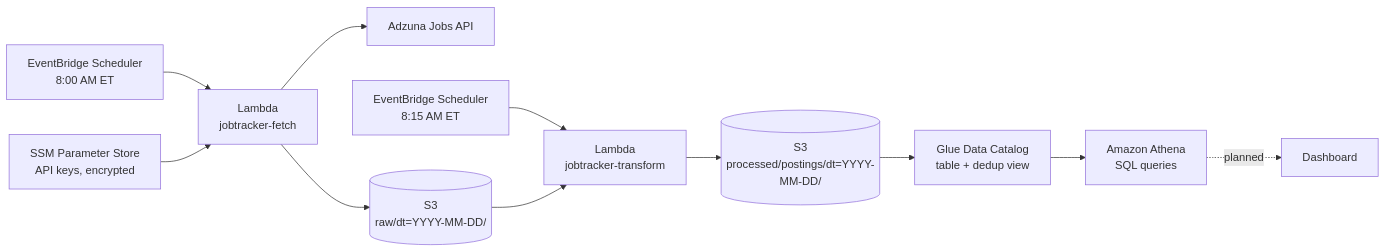
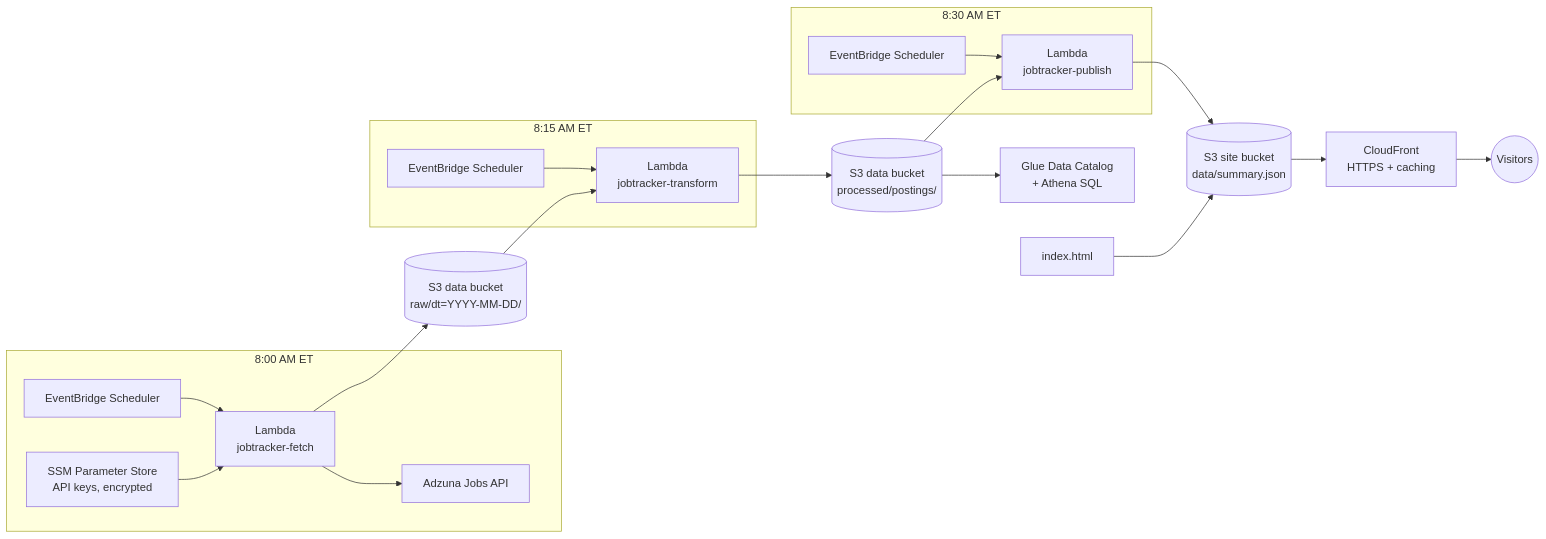
One commit to jordannLai/AWS-Job-Market-Job-Tracker changed the diagram in README.md. Above: the diagram before and after it, drawn with Mermaid. The commit also changed other lines of this file, not shown here.

````diff
--- a/README.md
+++ b/README.md
@@ -20,13 +22,26 @@
 ```mermaid
 flowchart LR
-    A[EventBridge Scheduler<br/>8:00 AM ET] --> B[Lambda<br/>jobtracker-fetch]
-    C[SSM Parameter Store<br/>API keys, encrypted] --> B
-    B --> D[Adzuna Jobs API]
-    B --> E[(S3<br/>raw/dt=YYYY-MM-DD/)]
-    F[EventBridge Scheduler<br/>8:15 AM ET] --> G[Lambda<br/>jobtracker-transform]
+    subgraph Ingest["8:00 AM ET"]
+        A[EventBridge Scheduler] --> B[Lambda<br/>jobtracker-fetch]
+        C[SSM Parameter Store<br/>API keys, encrypted] --> B
+        B --> D[Adzuna Jobs API]
+    end
+    B --> E[(S3 data bucket<br/>raw/dt=YYYY-MM-DD/)]
+
+    subgraph Transform["8:15 AM ET"]
+        F[EventBridge Scheduler] --> G[Lambda<br/>jobtracker-transform]
+    end
     E --> G
-    G --> H[(S3<br/>processed/postings/dt=YYYY-MM-DD/)]
-    H --> I[Glue Data Catalog<br/>table + dedup view]
-    I --> J[Amazon Athena<br/>SQL queries]
-    J -. planned .-> K[Dashboard]
+    G --> H[(S3 data bucket<br/>processed/postings/)]
+
+    H --> I[Glue Data Catalog<br/>+ Athena SQL]
+
+    subgraph Publish["8:30 AM ET"]
+        J[EventBridge Scheduler] --> K[Lambda<br/>jobtracker-publish]
+    end
+    H --> K
+    K --> L[(S3 site bucket<br/>data/summary.json)]
+    L --> M[CloudFront<br/>HTTPS + caching]
+    N[index.html] --> L
+    M --> O((Visitors))
 ```
````
